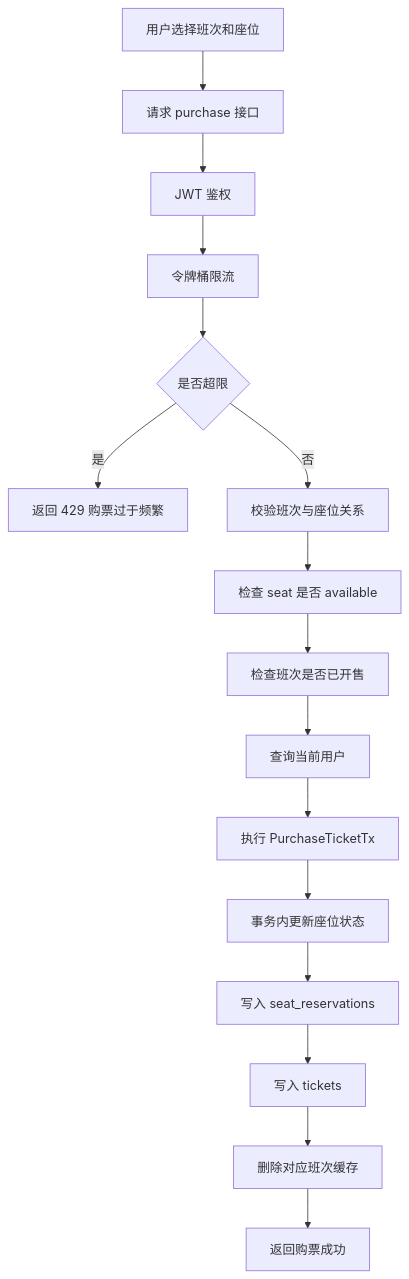
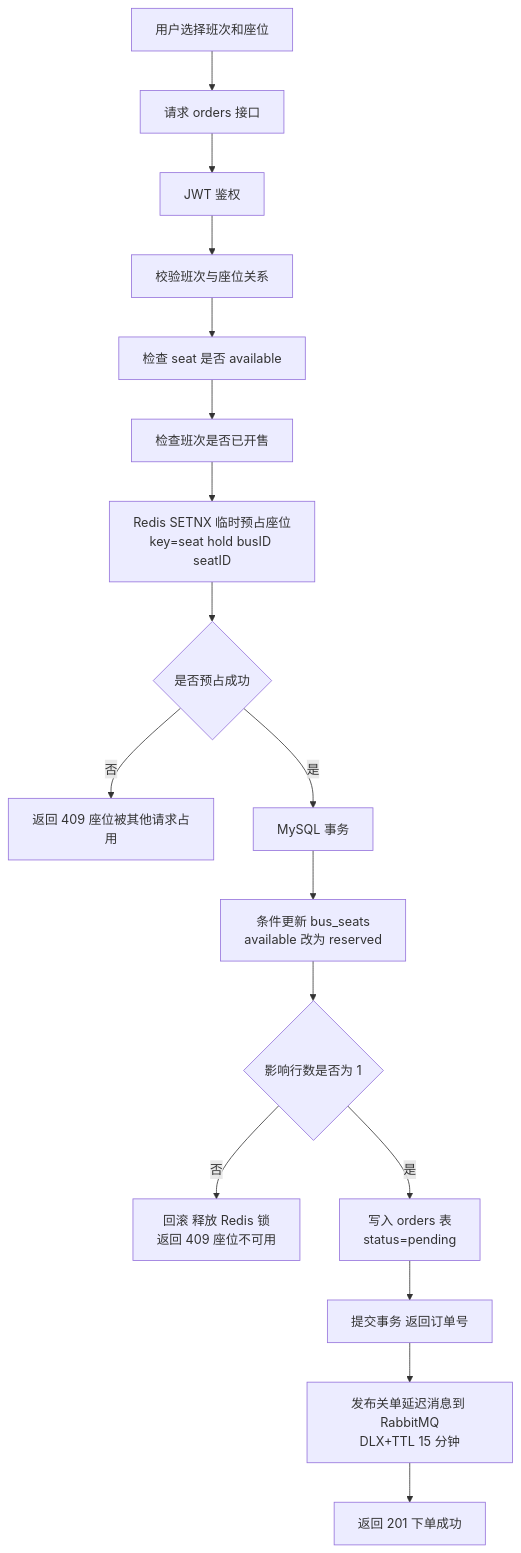
Before and after one commit to Books-QAQ/tickets: the fourth of 10 diagrams in docs/business-flowcharts.md, drawn with Mermaid. The commit also changed other lines of this file and 2 other files, not shown here.

````diff
--- a/docs/business-flowcharts.md
+++ b/docs/business-flowcharts.md
@@ -54,18 +54,19 @@
 ```mermaid
 flowchart TD
-    A[用户选择班次和座位] --> B[请求 purchase 接口]
+    A[用户选择班次和座位] --> B[请求 orders 接口]
     B --> C[JWT 鉴权]
-    C --> D[令牌桶限流]
-    D --> E{是否超限}
-    E -- 是 --> F[返回 429 购票过于频繁]
-    E -- 否 --> G[校验班次与座位关系]
-    G --> H[检查 seat 是否 available]
-    H --> I[检查班次是否已开售]
-    I --> J[查询当前用户]
-    J --> K[执行 PurchaseTicketTx]
-    K --> L[事务内更新座位状态]
-    L --> M[写入 seat_reservations]
-    M --> N[写入 tickets]
-    N --> O[删除对应班次缓存]
-    O --> P[返回购票成功]
+    C --> D[校验班次与座位关系]
+    D --> E[检查 seat 是否 available]
+    E --> F[检查班次是否已开售]
+    F --> G[Redis SETNX 临时预占座位<br/>key=seat hold busID seatID]
+    G --> H{是否预占成功}
+    H -- 否 --> I[返回 409 座位被其他请求占用]
+    H -- 是 --> J[MySQL 事务]
+    J --> K[条件更新 bus_seats<br/>available 改为 reserved]
+    K --> L{影响行数是否为 1}
+    L -- 否 --> M[回滚 释放 Redis 锁<br/>返回 409 座位不可用]
+    L -- 是 --> N[写入 orders 表<br/>status=pending]
+    N --> O[提交事务 返回订单号]
+    O --> P[发布关单延迟消息到 RabbitMQ<br/>DLX+TTL 15 分钟]
+    P --> Q[返回 201 下单成功]
 ```
````
